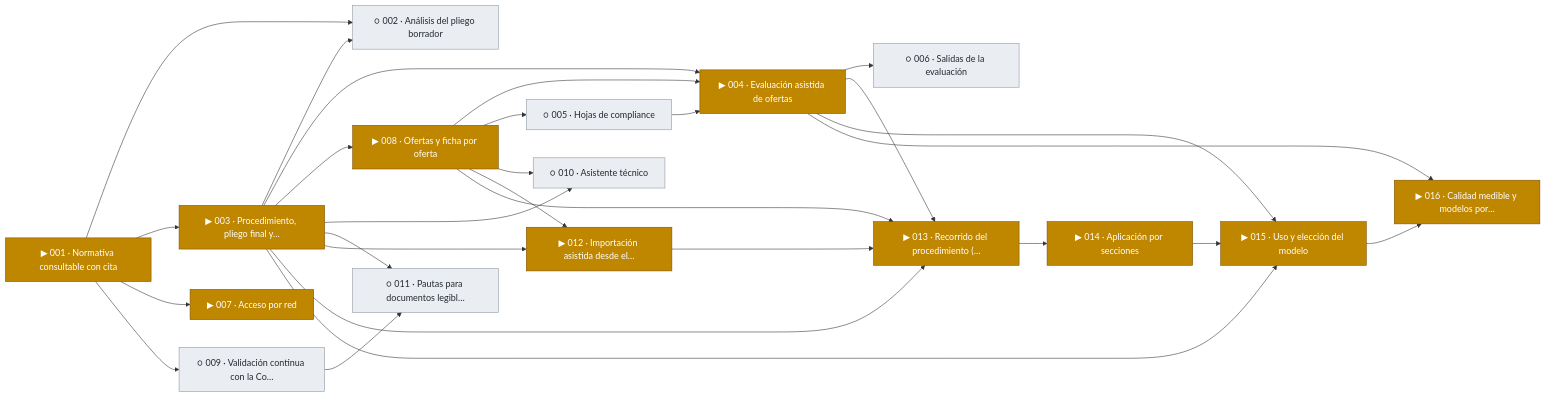
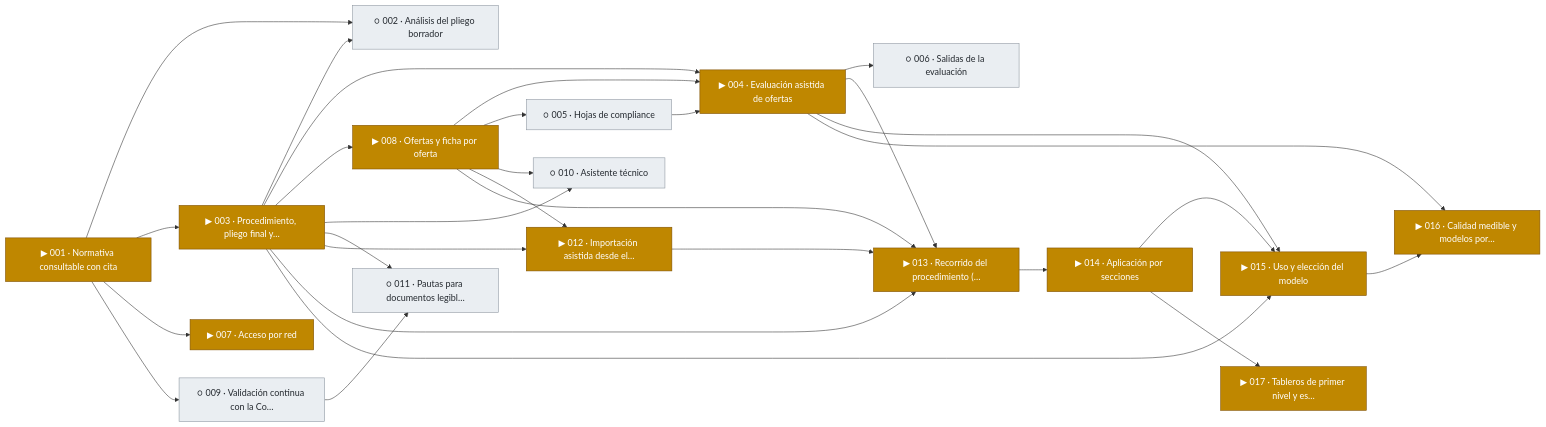
Before and after one commit to snavello/EVALUON: the first of 22 diagrams in docs/tablero.md, drawn with Mermaid. The commit also changed other lines of this file and 58 other files, not shown here.

First line of the commit message:
gestión: spec 017 (tableros de primer nivel y estética nueva) en borrador, maqueta y exploración visual

````diff
--- a/docs/tablero.md
+++ b/docs/tablero.md
@@ -9,51 +9,53 @@
 ```mermaid
 flowchart LR
   F001["▶ 001 · Normativa consultable con cita"]:::active
   F002["○ 002 · Análisis del pliego borrador"]:::todo
   F003["▶ 003 · Procedimiento, pliego final y…"]:::active
   F004["▶ 004 · Evaluación asistida de ofertas"]:::active
   F005["○ 005 · Hojas de compliance"]:::todo
   F006["○ 006 · Salidas de la evaluación"]:::todo
   F007["▶ 007 · Acceso por red"]:::active
   F008["▶ 008 · Ofertas y ficha por oferta"]:::active
   F009["○ 009 · Validación continua con la Co…"]:::todo
   F010["○ 010 · Asistente técnico"]:::todo
   F011["○ 011 · Pautas para documentos legibl…"]:::todo
   F012["▶ 012 · Importación asistida desde el…"]:::active
   F013["▶ 013 · Recorrido del procedimiento (…"]:::active
   F014["▶ 014 · Aplicación por secciones"]:::active
   F015["▶ 015 · Uso y elección del modelo"]:::active
   F016["▶ 016 · Calidad medible y modelos por…"]:::active
+  F017["▶ 017 · Tableros de primer nivel y es…"]:::active
   F001 --> F002
   F003 --> F002
   F001 --> F003
   F003 --> F004
   F008 --> F004
   F005 --> F004
   F008 --> F005
   F004 --> F006
   F001 --> F007
   F003 --> F008
   F001 --> F009
   F003 --> F010
   F008 --> F010
   F003 --> F011
   F009 --> F011
   F003 --> F012
   F008 --> F012
   F003 --> F013
   F004 --> F013
   F008 --> F013
   F012 --> F013
   F013 --> F014
   F003 --> F015
   F004 --> F015
   F014 --> F015
   F004 --> F016
   F015 --> F016
+  F014 --> F017
   classDef done fill:#1a7f37,stroke:#116329,color:#ffffff
   classDef review fill:#0969da,stroke:#0550ae,color:#ffffff
   classDef active fill:#bf8700,stroke:#7d4e00,color:#ffffff
   classDef blocked fill:#cf222e,stroke:#a40e26,color:#ffffff
   classDef todo fill:#eaeef2,stroke:#8c959f,color:#24292f
 ```
````
